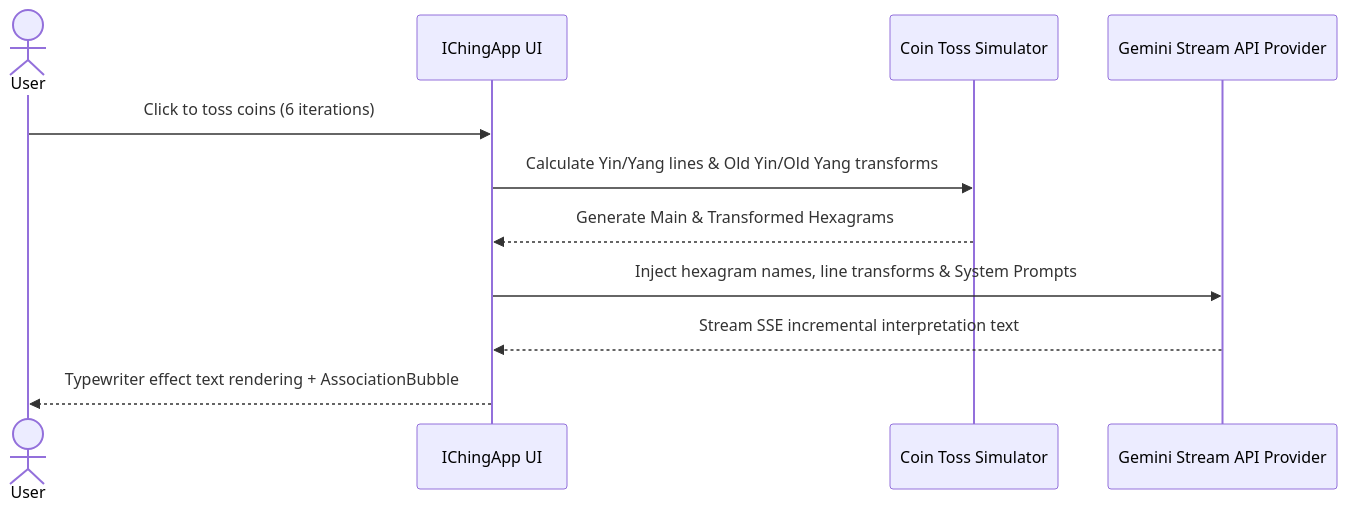
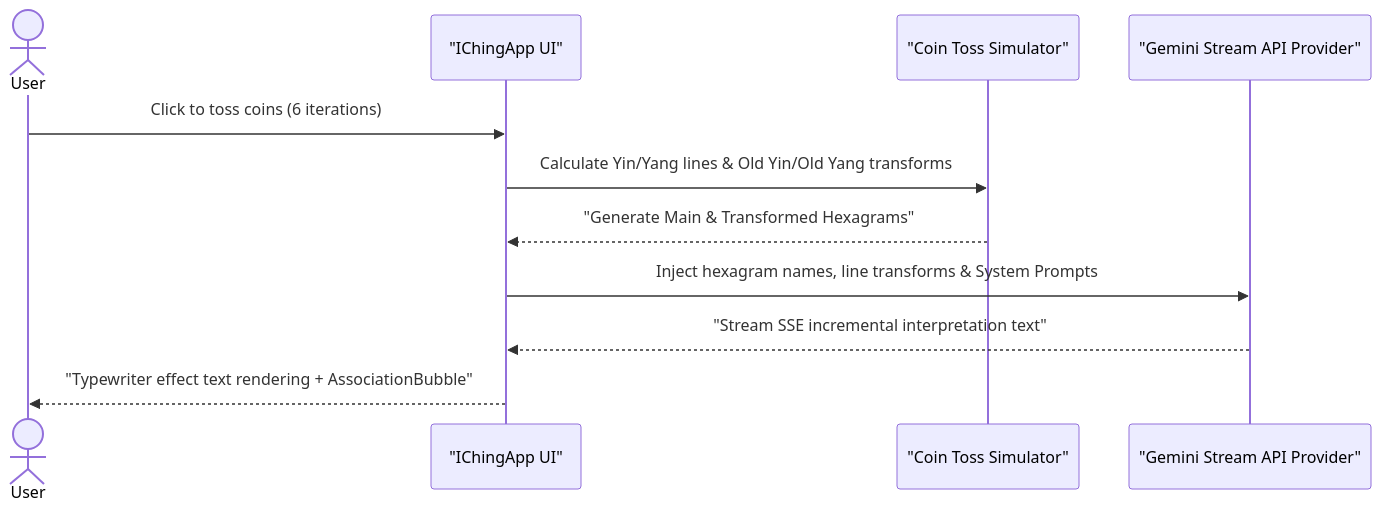
One commit to MeiSiristhebest/mystic changed the second of 2 diagrams in README_EN.md. Above: the diagram before and after it, drawn with Mermaid. The commit also changed other lines of this file and 1 other file, not shown here.

Commit message:
docs(readme): optimize zh + en; fix Mermaid (&/spaces quotes), badges, screenshot placeholder, add Security & Contributing

````diff
--- a/README_EN.md
+++ b/README_EN.md
@@ -88,14 +94,14 @@
 ```mermaid
 sequenceDiagram
     actor User as User
-    participant App as IChingApp UI
-    participant Engine as Coin Toss Simulator
-    participant Gemini as Gemini Stream API Provider
+    participant App as "IChingApp UI"
+    participant Engine as "Coin Toss Simulator"
+    participant Gemini as "Gemini Stream API Provider"
 
     User->>App: Click to toss coins (6 iterations)
     App->>Engine: Calculate Yin/Yang lines & Old Yin/Old Yang transforms
-    Engine-->>App: Generate Main & Transformed Hexagrams
+    Engine-->>App: "Generate Main & Transformed Hexagrams"
     App->>Gemini: Inject hexagram names, line transforms & System Prompts
-    Gemini-->>App: Stream SSE incremental interpretation text
-    App-->>User: Typewriter effect text rendering + AssociationBubble
+    Gemini-->>App: "Stream SSE incremental interpretation text"
+    App-->>User: "Typewriter effect text rendering + AssociationBubble"
 ```
````
